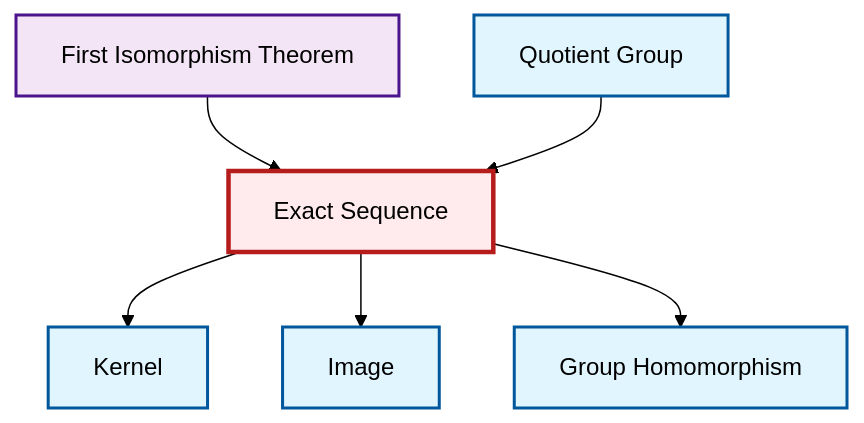
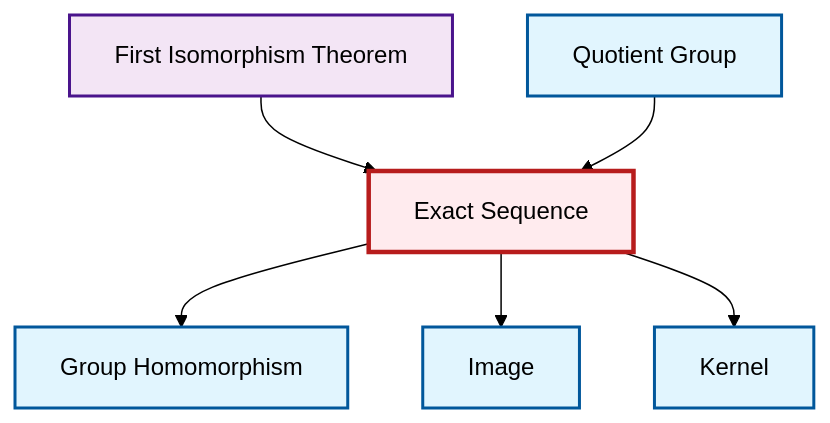
Before and after one commit to RK0429/ModernMath: the diagram in output/mermaid/en/def-exact-sequence.mermaid, drawn with Mermaid (forest theme). The commit also changed other lines of this file and 1710 other files, not shown here.

```diff
--- a/output/mermaid/en/def-exact-sequence.mermaid
+++ b/output/mermaid/en/def-exact-sequence.mermaid
@@ -1,18 +1,18 @@
 graph TD
     classDef definition fill:#e1f5fe,stroke:#01579b,stroke-width:2px
     classDef theorem fill:#f3e5f5,stroke:#4a148c,stroke-width:2px
     classDef axiom fill:#fff3e0,stroke:#e65100,stroke-width:2px
     classDef example fill:#e8f5e9,stroke:#1b5e20,stroke-width:2px
     classDef current fill:#ffebee,stroke:#b71c1c,stroke-width:3px
+    thm-first-isomorphism["First Isomorphism Theorem"]:::theorem
+    def-image["Image"]:::definition
+    def-exact-sequence["Exact Sequence"]:::definition
+    def-homomorphism["Group Homomorphism"]:::definition
+    def-kernel["Kernel"]:::definition
     def-quotient-group["Quotient Group"]:::definition
-    def-image["Image"]:::definition
-    def-kernel["Kernel"]:::definition
-    def-homomorphism["Group Homomorphism"]:::definition
-    def-exact-sequence["Exact Sequence"]:::definition
-    thm-first-isomorphism["First Isomorphism Theorem"]:::theorem
     thm-first-isomorphism --> def-exact-sequence
+    def-exact-sequence --> def-homomorphism
+    def-exact-sequence --> def-image
     def-quotient-group --> def-exact-sequence
     def-exact-sequence --> def-kernel
-    def-exact-sequence --> def-image
-    def-exact-sequence --> def-homomorphism
     class def-exact-sequence current
```
